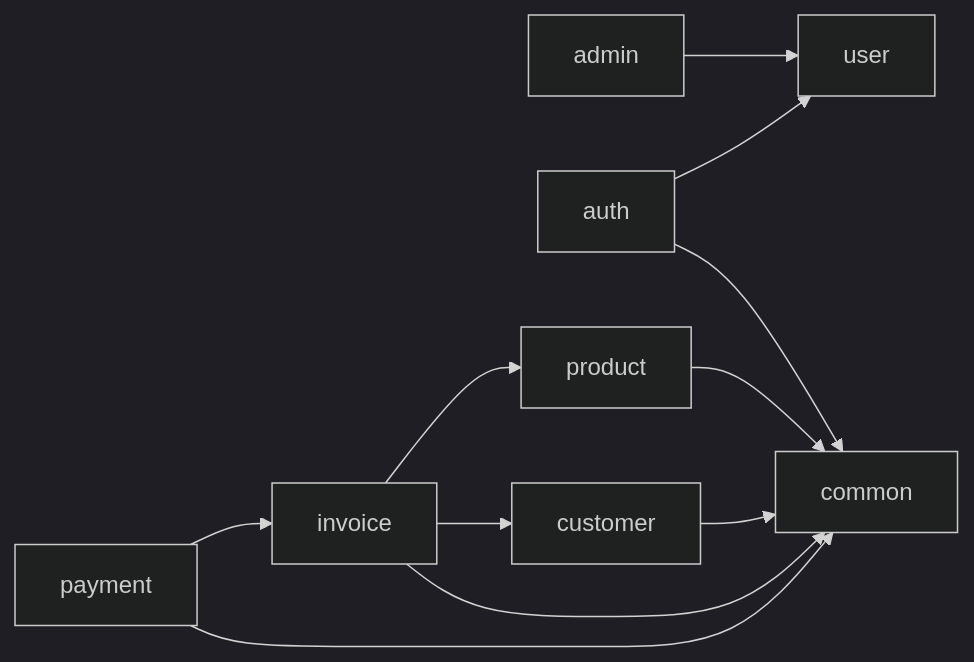
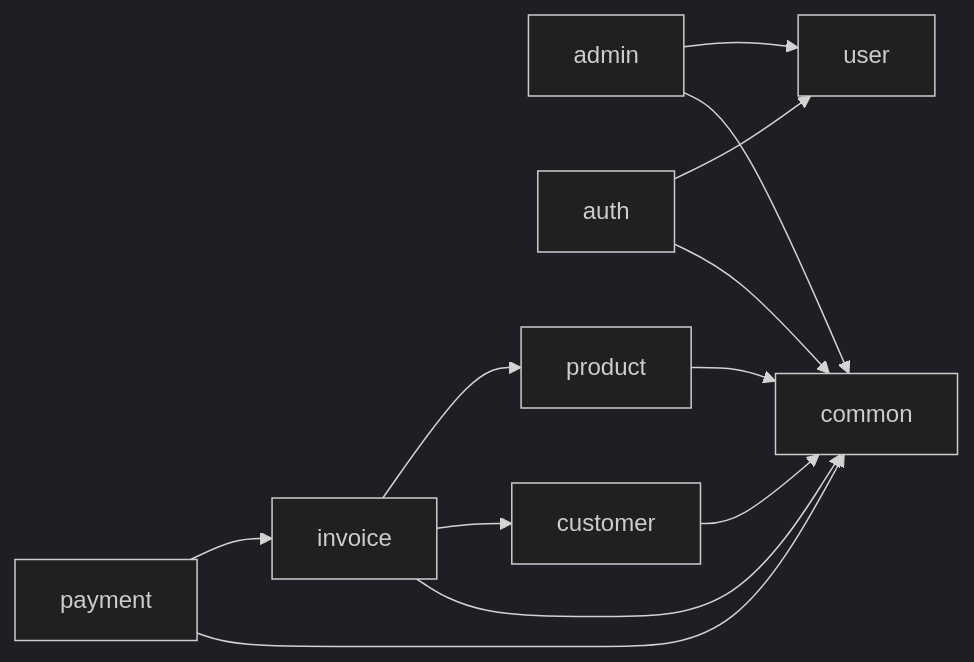
One commit to BrahimNJ/InvoiceFlow changed the first of 3 diagrams in docs/architecture.md. Above: the diagram before and after it, drawn with Mermaid (dark theme). The commit also changed 4 other files, not shown here.

````diff
--- a/docs/architecture.md
+++ b/docs/architecture.md
@@ -31,13 +31,14 @@
 ```mermaid
 flowchart LR
+    admin --> common
     admin --> user
     auth --> common
     auth --> user
     customer --> common
     invoice --> common
     invoice --> customer
     invoice --> product
     payment --> common
     payment --> invoice
     product --> common
 ```
````
